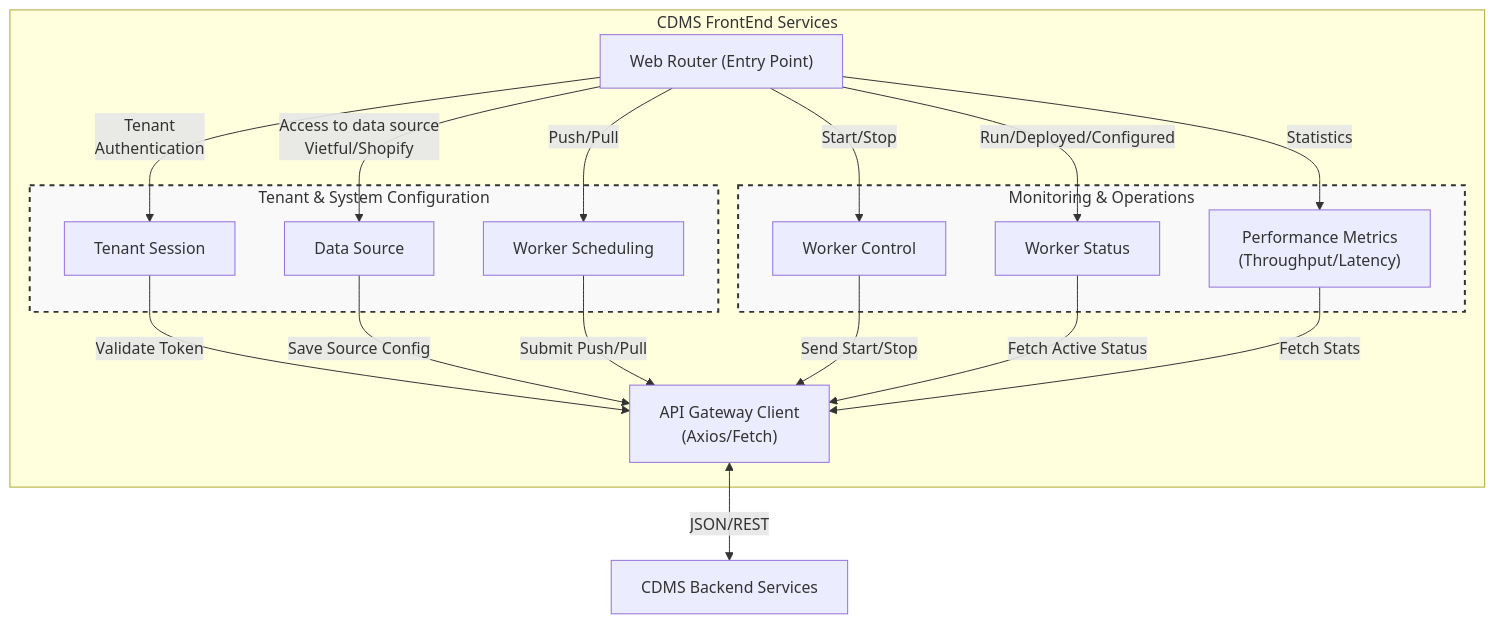
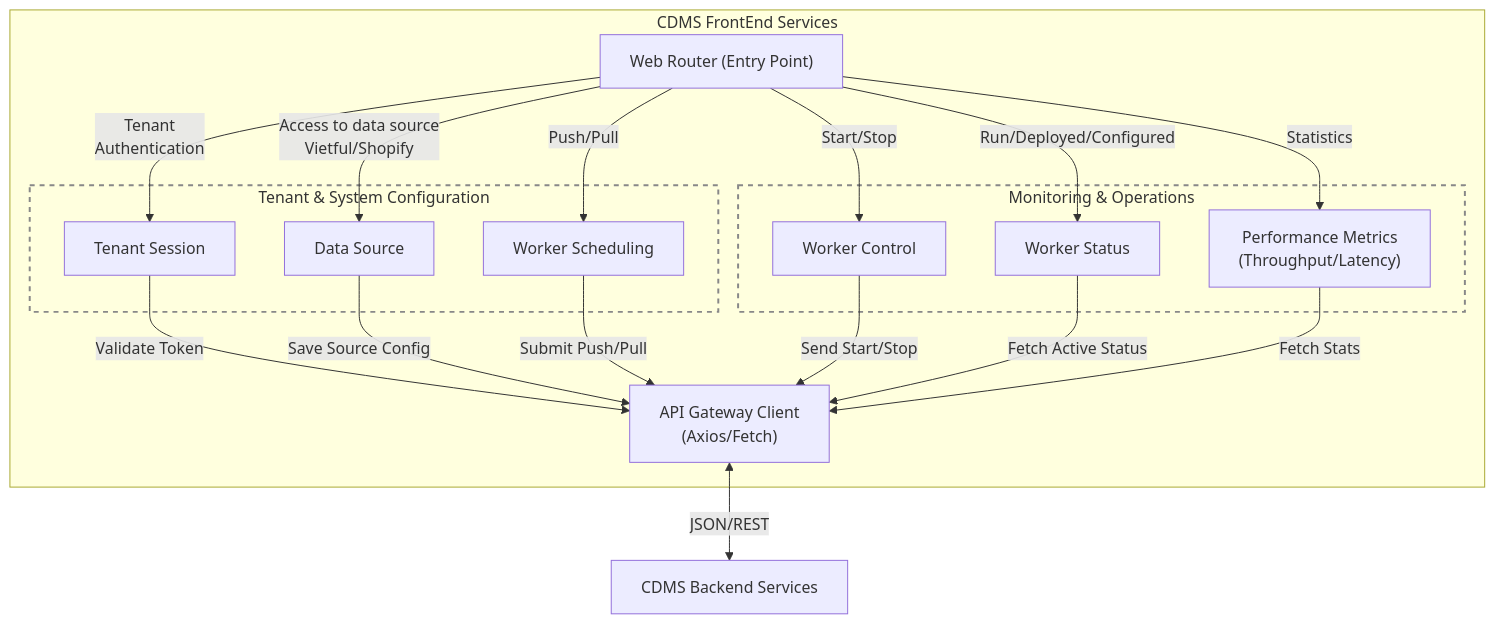
Before and after one commit to lehiep1994/Change-Data-Management-System: the diagram in Design/FE/FE_CDMS.md, drawn with Mermaid.

Commit message:
Fix small issue relating to color for OBJ interaction design on FE side

````diff
--- a/Design/FE/FE_CDMS.md
+++ b/Design/FE/FE_CDMS.md
@@ -1,45 +1,45 @@
 ```mermaid
 flowchart TD
     subgraph FEServices ["CDMS FrontEnd Services"]
         Router["Web Router (Entry Point)"]
         
         subgraph ConfigPkg ["Tenant & System Configuration"]
             Auth["Tenant Session"]
             DataSource["Data Source"]
             Schedule["Worker Scheduling"]
         end
         
         subgraph OpsPkg ["Monitoring & Operations"]
             WorkerControl["Worker Control"]
             WorkerStatus["Worker Status"]
             Metrics["Performance Metrics<br>(Throughput/Latency)"]
         end
         
         ApiClient["API Gateway Client<br>(Axios/Fetch)"]
     end
 
     Backend["CDMS Backend Services"]
 
     %% Interactions from Router
     Router -->|"Tenant<br>Authentication"| Auth
     Router -->|"Access to data source<br>Vietful/Shopify"| DataSource
     Router -->|"Push/Pull"| Schedule
     Router -->|"Start/Stop"| WorkerControl
     Router -->|"Run/Deployed/Configured"| WorkerStatus
     Router -->|"Statistics"| Metrics
 
     %% Interactions to ApiClient
     Auth -->|"Validate Token"| ApiClient
     DataSource -->|"Save Source Config"| ApiClient
     Schedule -->|"Submit Push/Pull"| ApiClient
     WorkerControl -->|"Send Start/Stop"| ApiClient
     WorkerStatus -->|"Fetch Active Status"| ApiClient
     Metrics -->|"Fetch Stats"| ApiClient
 
     %% Interaction with Backend System
     ApiClient <-->|"JSON/REST"| Backend
     
-    %% Custom styling for packages
-    classDef packageStyle fill:#f9f9f9,stroke:#333,stroke-width:2px,stroke-dasharray: 5 5;
+    %% Custom styling for packages - Sửa lỗi Dark Mode bằng fill:none
+    classDef packageStyle fill:none,stroke:#888,stroke-width:2px,stroke-dasharray: 5 5;
     class ConfigPkg,OpsPkg packageStyle;
 ```
````
